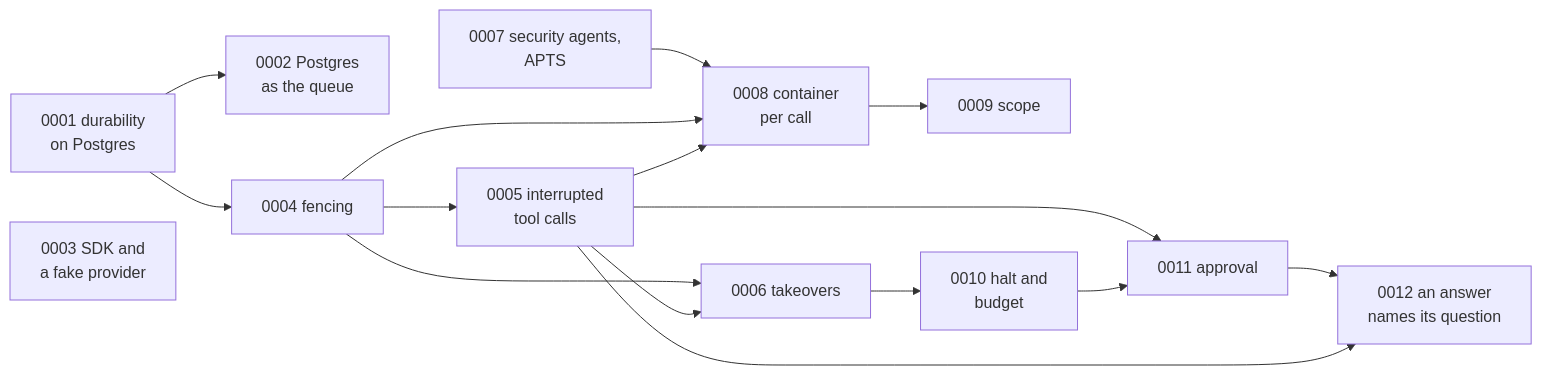
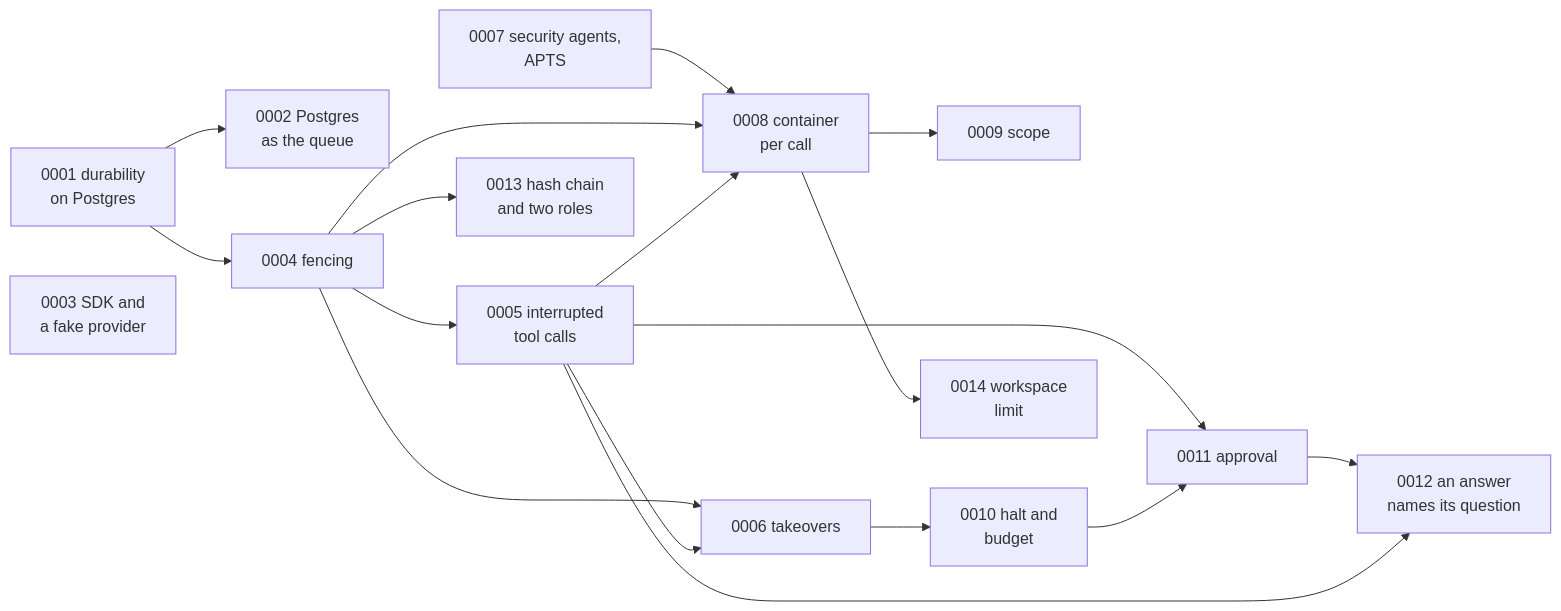
The diagram in docs/adr/README.md (sindredg/agent-runtime), drawn with Mermaid before and after one commit. The commit also changed other lines of this file and 2 other files, not shown here.

Commit message:
docs: decide the step log's hash chain and the workspace size limit (ADR 0013, 0014) (#79)
0013: a hash chain made by a trigger, two database roles, and a verify command. 0014: a watcher as a soft limit on a job's workspace, with no write rate limit. Both records hold the trial behind them. Neither is built.

````diff
--- a/docs/adr/README.md
+++ b/docs/adr/README.md
@@ -6,18 +6,20 @@
 ```mermaid
 flowchart LR
     A1[0001 durability<br/>on Postgres] --> A2[0002 Postgres<br/>as the queue]
     A1 --> A4[0004 fencing]
     A4 --> A5[0005 interrupted<br/>tool calls]
     A4 --> A6[0006 takeovers]
     A5 --> A6
     A7[0007 security agents,<br/>APTS] --> A8[0008 container<br/>per call]
     A4 --> A8
     A5 --> A8
     A8 --> A9[0009 scope]
     A6 --> A10[0010 halt and<br/>budget]
     A5 --> A11[0011 approval]
     A10 --> A11
     A11 --> A12[0012 an answer<br/>names its question]
     A5 --> A12
+    A4 --> A13[0013 hash chain<br/>and two roles]
+    A8 --> A14[0014 workspace<br/>limit]
     A3[0003 SDK and<br/>a fake provider]
 ```
````
